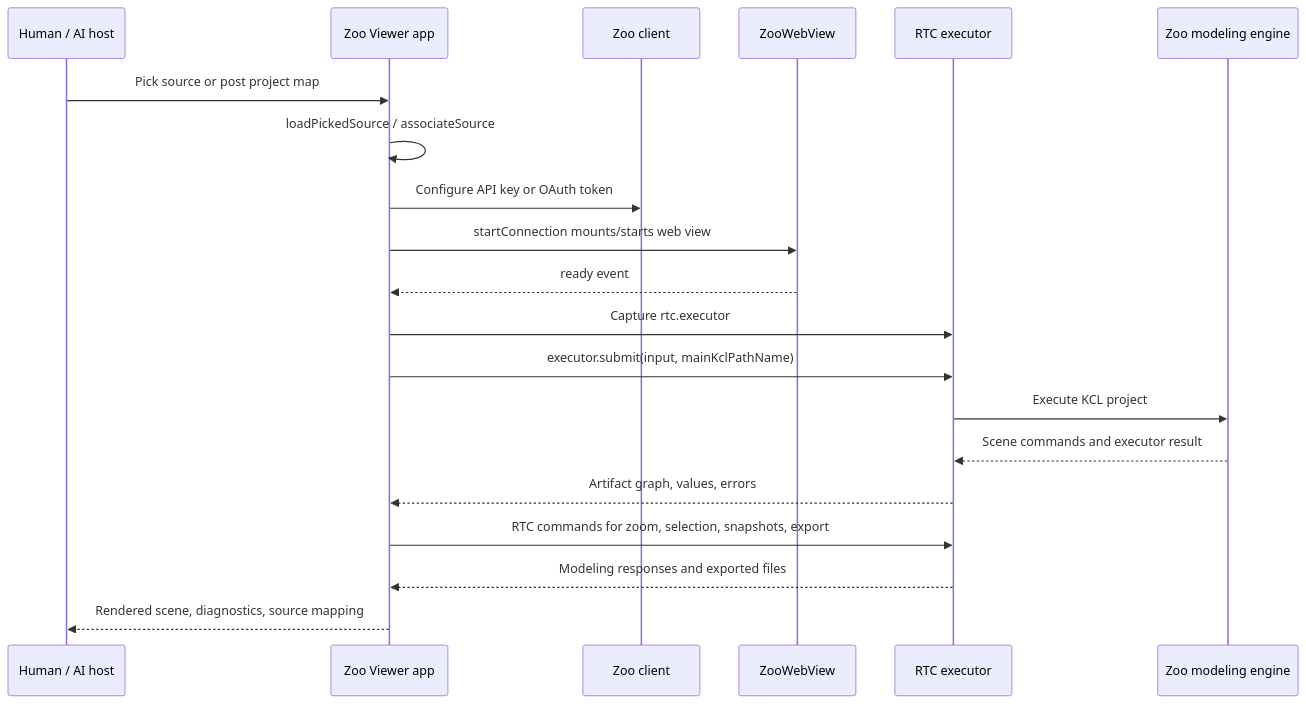
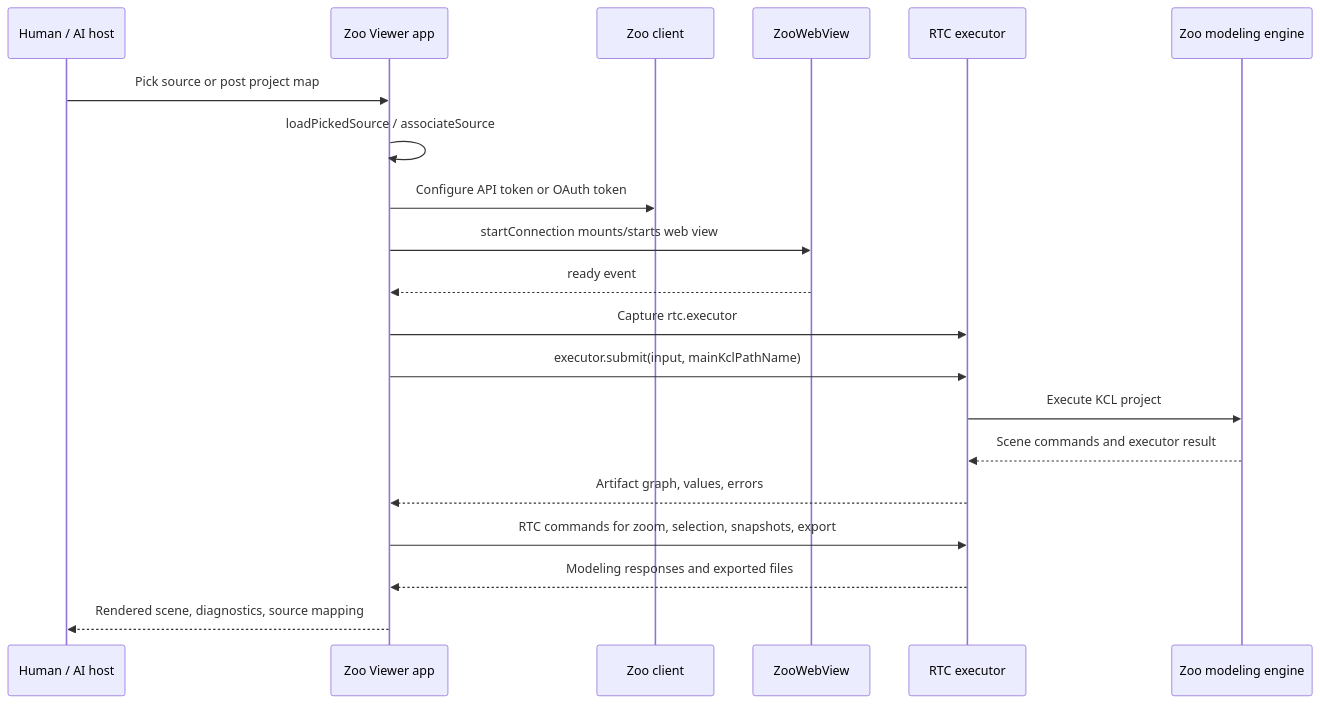
Before and after one commit to KittyCAD/viewer: the first of 2 diagrams in README.md, drawn with Mermaid. The commit also changed other lines of this file, not shown here.

Commit message:
Say API token, not key

````diff
--- a/README.md
+++ b/README.md
@@ -242,23 +242,23 @@
 ```mermaid
 sequenceDiagram
   participant Human as Human / AI host
   participant App as Zoo Viewer app
   participant Client as Zoo client
   participant View as ZooWebView
   participant Exec as RTC executor
   participant Engine as Zoo modeling engine
 
   Human->>App: Pick source or post project map
   App->>App: loadPickedSource / associateSource
-  App->>Client: Configure API key or OAuth token
+  App->>Client: Configure API token or OAuth token
   App->>View: startConnection mounts/starts web view
   View-->>App: ready event
   App->>Exec: Capture rtc.executor
   App->>Exec: executor.submit(input, mainKclPathName)
   Exec->>Engine: Execute KCL project
   Engine-->>Exec: Scene commands and executor result
   Exec-->>App: Artifact graph, values, errors
   App->>Exec: RTC commands for zoom, selection, snapshots, export
   Exec-->>App: Modeling responses and exported files
   App-->>Human: Rendered scene, diagnostics, source mapping
 ```
````
